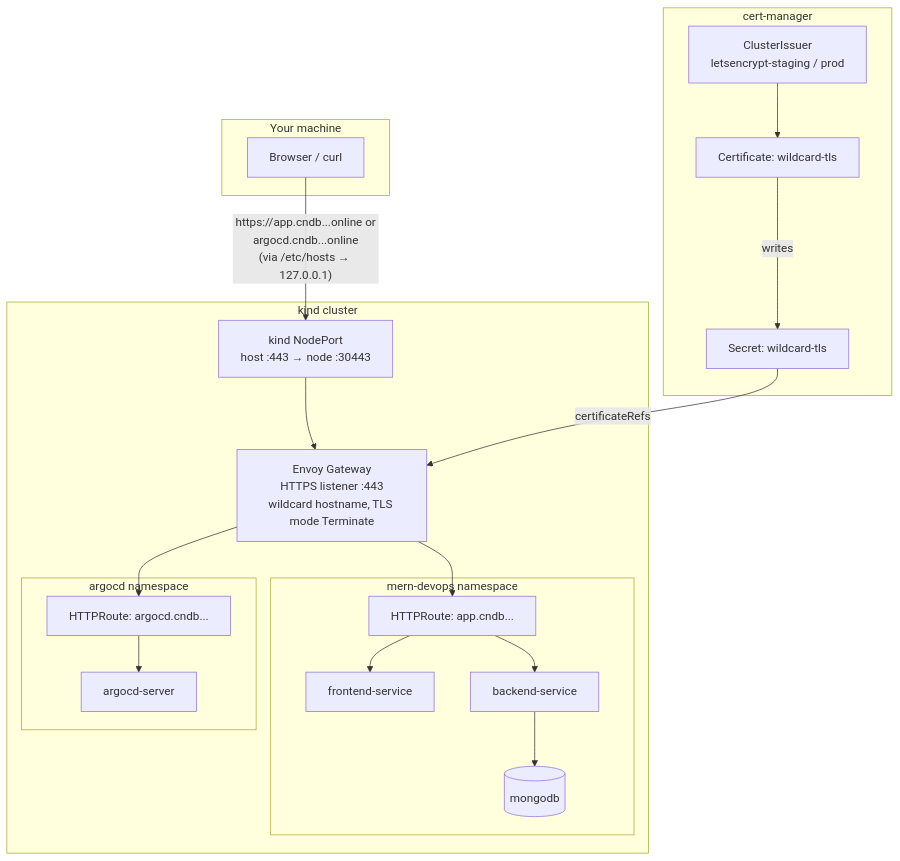
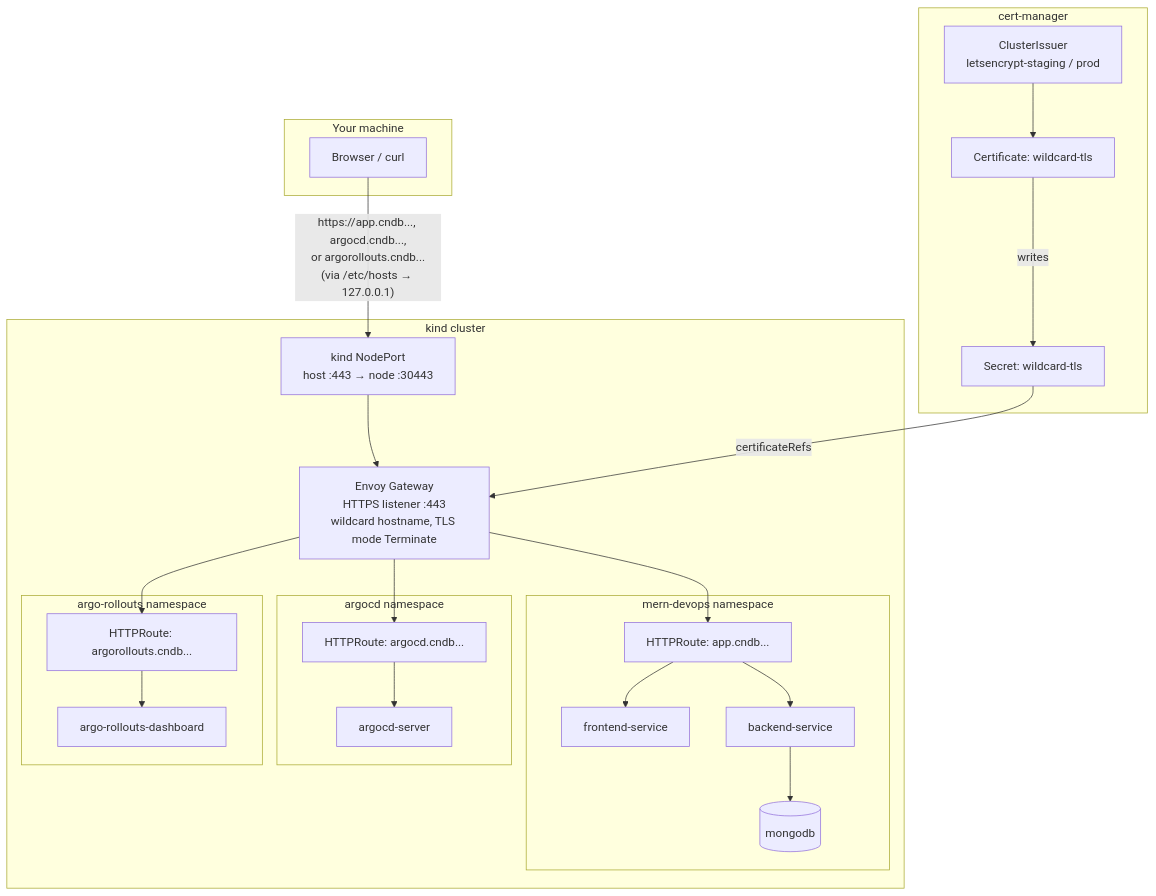
One commit to atkaridarshan04/cloudnative-devops-blueprint changed the second of 2 diagrams in README.md. Above: the diagram before and after it, drawn with Mermaid. The commit also changed other lines of this file and 10 other files, not shown here.

Commit message:
add argo rollouts canary deployments with Gateway API traffic shifting

````diff
--- a/README.md
+++ b/README.md
@@ -100,39 +108,45 @@
 ```mermaid
 flowchart TD
     subgraph "Your machine"
         Browser[Browser / curl]
     end
 
     subgraph "kind cluster"
         NP[kind NodePort<br/>host :443 → node :30443]
         GW[Envoy Gateway<br/>HTTPS listener :443<br/>wildcard hostname, TLS mode Terminate]
 
         subgraph "mern-devops namespace"
             AppRoute[HTTPRoute: app.cndb...]
             FE[frontend-service]
             BE[backend-service]
             DB[(mongodb)]
         end
 
         subgraph "argocd namespace"
             ArgoRoute[HTTPRoute: argocd.cndb...]
             ArgoSvc[argocd-server]
         end
+
+        subgraph "argo-rollouts namespace"
+            RolloutsRoute[HTTPRoute: argorollouts.cndb...]
+            RolloutsSvc[argo-rollouts-dashboard]
+        end
     end
 
     subgraph "cert-manager"
         CI[ClusterIssuer<br/>letsencrypt-staging / prod]
         Cert[Certificate: wildcard-tls]
         Secret[Secret: wildcard-tls]
     end
 
-    Browser -->|"https://app.cndb...online or<br/>argocd.cndb...online<br/>(via /etc/hosts → 127.0.0.1)"| NP
+    Browser -->|"https://app.cndb..., argocd.cndb...,<br/>or argorollouts.cndb...<br/>(via /etc/hosts → 127.0.0.1)"| NP
     NP --> GW
     GW --> AppRoute --> FE
     AppRoute --> BE --> DB
     GW --> ArgoRoute --> ArgoSvc
+    GW --> RolloutsRoute --> RolloutsSvc
 
     CI --> Cert
     Cert -->|writes| Secret
     Secret -->|certificateRefs| GW
 ```
````
